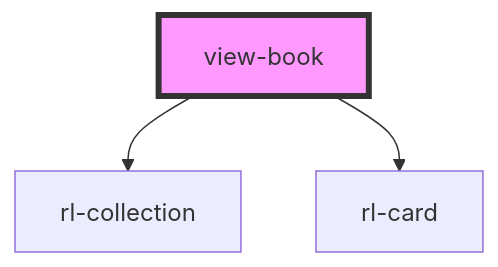
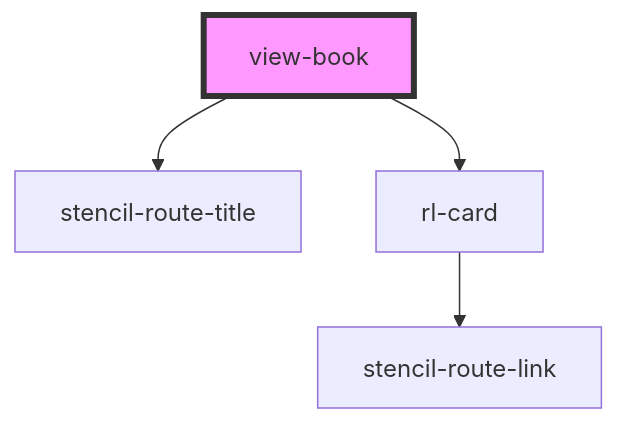
One commit to torontomulibrary/building-info-system changed the diagram in src/views/view-book/readme.md. Above: the diagram before and after it, drawn with Mermaid. The commit also changed other lines of this file and 11 other files, not shown here.

````diff
--- a/src/views/view-book/readme.md
+++ b/src/views/view-book/readme.md
@@ -24,6 +24,7 @@
 ```mermaid
 graph TD;
-  view-book --> rl-collection
+  view-book --> stencil-route-title
   view-book --> rl-card
+  rl-card --> stencil-route-link
   style view-book fill:#f9f,stroke:#333,stroke-width:4px
 ```
````
